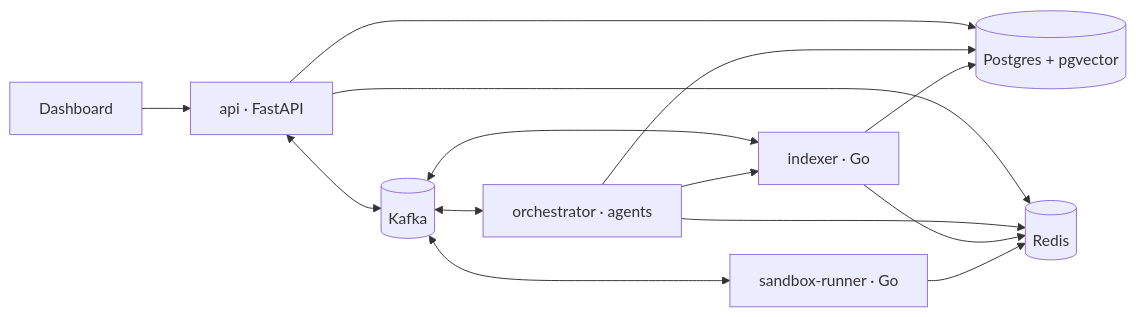
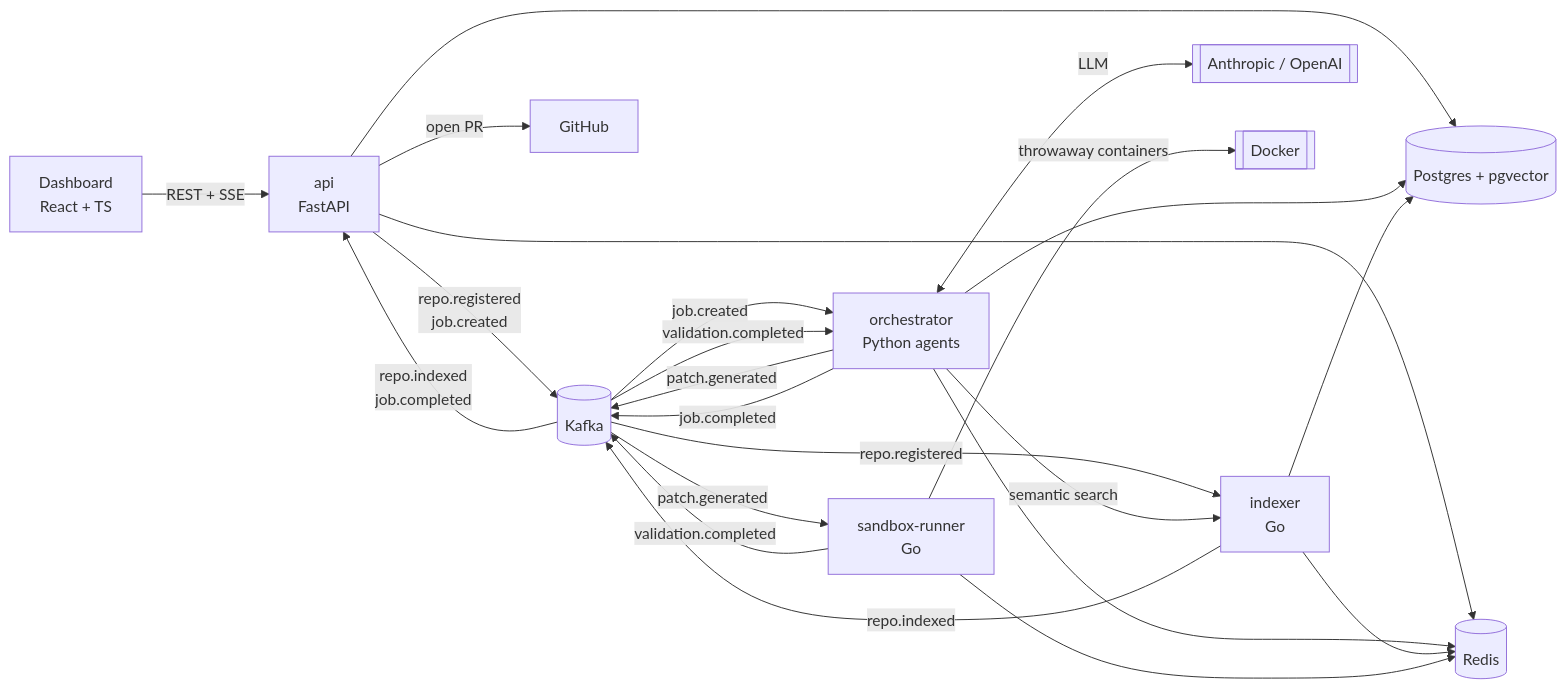
The diagram in README.md (Shaj2x/devassist), drawn with Mermaid before and after one commit. The commit also changed other lines of this file and 37 other files, not shown here.

````diff
--- a/README.md
+++ b/README.md
@@ -14,11 +15,20 @@
 ```mermaid
 flowchart LR
-    UI[Dashboard] --> API[api · FastAPI]
-    API <--> K[(Kafka)]
-    K <--> IDX[indexer · Go]
-    K <--> ORC[orchestrator · agents]
-    K <--> SBX[sandbox-runner · Go]
-    ORC --> IDX
+    UI[Dashboard<br/>React + TS] -->|REST + SSE| API[api<br/>FastAPI]
+    API -->|repo.registered<br/>job.created| K[(Kafka)]
+    K -->|repo.registered| IDX[indexer<br/>Go]
+    IDX -->|repo.indexed| K
+    K -->|job.created| ORC[orchestrator<br/>Python agents]
+    ORC -->|semantic search| IDX
+    ORC <-->|LLM| LLM[[Anthropic / OpenAI]]
+    ORC -->|patch.generated| K
+    K -->|patch.generated| SBX[sandbox-runner<br/>Go]
+    SBX -->|throwaway containers| D[[Docker]]
+    SBX -->|validation.completed| K
+    K -->|validation.completed| ORC
+    ORC -->|job.completed| K
+    K -->|repo.indexed<br/>job.completed| API
+    API -->|open PR| GH[GitHub]
     API & ORC & IDX --> PG[(Postgres + pgvector)]
     API & ORC & IDX & SBX --> R[(Redis)]
 ```
````
